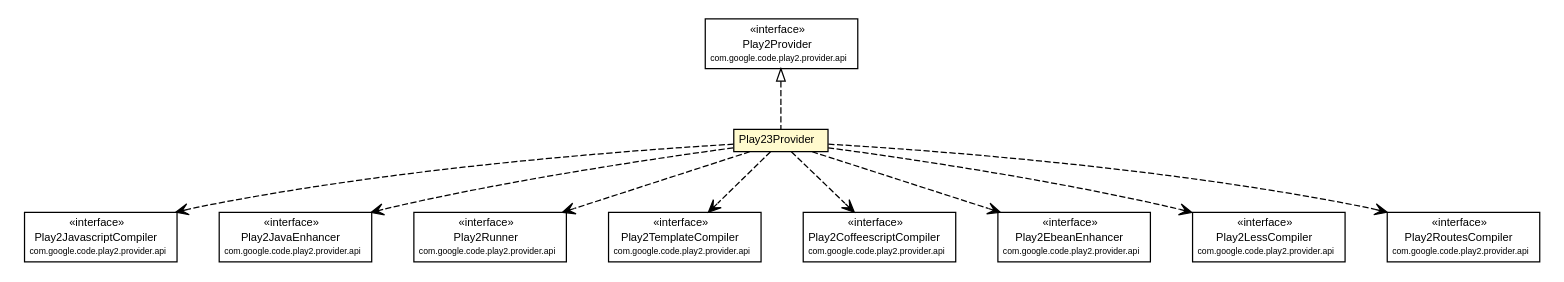
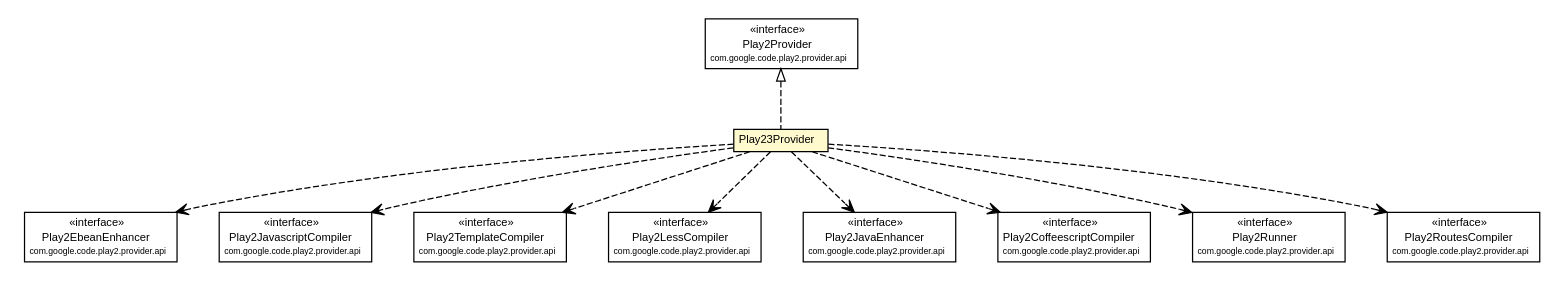
The diagram in play2-maven-plugin/1.0.0-beta6-SNAPSHOT/play2-providers/play2-provider-play23/apidocs/com/google/code/play2/provider/play23/Play23Provider.dot (play2-maven-plugin/play2-maven-plugin.github.io), drawn with Graphviz before and after one commit. The commit also changed 339 other files, not shown here.

```diff
--- a/play2-maven-plugin/1.0.0-beta6-SNAPSHOT/play2-providers/play2-provider-play23/apidocs/com/google/code/play2/provider/play23/Play23Provider.dot
+++ b/play2-maven-plugin/1.0.0-beta6-SNAPSHOT/play2-providers/play2-provider-play23/apidocs/com/google/code/play2/provider/play23/Play23Provider.dot
@@ -1,108 +1,108 @@
 #!/usr/local/bin/dot
 #
 # Class diagram 
 # Generated by UMLGraph version R5_6-24-gf6e263 (http://www.umlgraph.org/)
 #
 
 digraph G {
 	edge [fontname="arial",fontsize=10,labelfontname="arial",labelfontsize=10];
 	node [fontname="arial",fontsize=10,shape=plaintext];
 	nodesep=0.25;
 	ranksep=0.5;
 	// com.google.code.play2.provider.play23.Play23Provider
 	c189 [label=<<table title="com.google.code.play2.provider.play23.Play23Provider" border="0" cellborder="1" cellspacing="0" cellpadding="2" port="p" bgcolor="lemonChiffon" href="./Play23Provider.html">
 		<tr><td><table border="0" cellspacing="0" cellpadding="1">
 <tr><td align="center" balign="center"> Play23Provider </td></tr>
 		</table></td></tr>
 		</table>>, URL="./Play23Provider.html", fontname="arial", fontcolor="black", fontsize=9.0];
 	//com.google.code.play2.provider.play23.Play23Provider implements com.google.code.play2.provider.api.Play2Provider
 	c198:p -> c189:p [dir=back,arrowtail=empty,style=dashed];
+	// com.google.code.play2.provider.play23.Play23Provider DEPEND com.google.code.play2.provider.api.Play2EbeanEnhancer
+	c189:p -> c199:p [taillabel="", label="", headlabel="", fontname="arial", fontcolor="black", fontsize=10.0, color="black", arrowhead=open, style=dashed];
 	// com.google.code.play2.provider.play23.Play23Provider DEPEND com.google.code.play2.provider.api.Play2JavascriptCompiler
-	c189:p -> c199:p [taillabel="", label="", headlabel="", fontname="arial", fontcolor="black", fontsize=10.0, color="black", arrowhead=open, style=dashed];
+	c189:p -> c200:p [taillabel="", label="", headlabel="", fontname="arial", fontcolor="black", fontsize=10.0, color="black", arrowhead=open, style=dashed];
+	// com.google.code.play2.provider.play23.Play23Provider DEPEND com.google.code.play2.provider.api.Play2TemplateCompiler
+	c189:p -> c201:p [taillabel="", label="", headlabel="", fontname="arial", fontcolor="black", fontsize=10.0, color="black", arrowhead=open, style=dashed];
+	// com.google.code.play2.provider.play23.Play23Provider DEPEND com.google.code.play2.provider.api.Play2LessCompiler
+	c189:p -> c202:p [taillabel="", label="", headlabel="", fontname="arial", fontcolor="black", fontsize=10.0, color="black", arrowhead=open, style=dashed];
 	// com.google.code.play2.provider.play23.Play23Provider DEPEND com.google.code.play2.provider.api.Play2JavaEnhancer
-	c189:p -> c200:p [taillabel="", label="", headlabel="", fontname="arial", fontcolor="black", fontsize=10.0, color="black", arrowhead=open, style=dashed];
+	c189:p -> c203:p [taillabel="", label="", headlabel="", fontname="arial", fontcolor="black", fontsize=10.0, color="black", arrowhead=open, style=dashed];
+	// com.google.code.play2.provider.play23.Play23Provider DEPEND com.google.code.play2.provider.api.Play2CoffeescriptCompiler
+	c189:p -> c204:p [taillabel="", label="", headlabel="", fontname="arial", fontcolor="black", fontsize=10.0, color="black", arrowhead=open, style=dashed];
 	// com.google.code.play2.provider.play23.Play23Provider DEPEND com.google.code.play2.provider.api.Play2Runner
-	c189:p -> c201:p [taillabel="", label="", headlabel="", fontname="arial", fontcolor="black", fontsize=10.0, color="black", arrowhead=open, style=dashed];
-	// com.google.code.play2.provider.play23.Play23Provider DEPEND com.google.code.play2.provider.api.Play2TemplateCompiler
-	c189:p -> c202:p [taillabel="", label="", headlabel="", fontname="arial", fontcolor="black", fontsize=10.0, color="black", arrowhead=open, style=dashed];
-	// com.google.code.play2.provider.play23.Play23Provider DEPEND com.google.code.play2.provider.api.Play2CoffeescriptCompiler
-	c189:p -> c203:p [taillabel="", label="", headlabel="", fontname="arial", fontcolor="black", fontsize=10.0, color="black", arrowhead=open, style=dashed];
-	// com.google.code.play2.provider.play23.Play23Provider DEPEND com.google.code.play2.provider.api.Play2EbeanEnhancer
-	c189:p -> c204:p [taillabel="", label="", headlabel="", fontname="arial", fontcolor="black", fontsize=10.0, color="black", arrowhead=open, style=dashed];
-	// com.google.code.play2.provider.play23.Play23Provider DEPEND com.google.code.play2.provider.api.Play2LessCompiler
 	c189:p -> c205:p [taillabel="", label="", headlabel="", fontname="arial", fontcolor="black", fontsize=10.0, color="black", arrowhead=open, style=dashed];
 	// com.google.code.play2.provider.play23.Play23Provider DEPEND com.google.code.play2.provider.api.Play2RoutesCompiler
 	c189:p -> c206:p [taillabel="", label="", headlabel="", fontname="arial", fontcolor="black", fontsize=10.0, color="black", arrowhead=open, style=dashed];
 	// com.google.code.play2.provider.api.Play2Provider
 	c198 [label=<<table title="com.google.code.play2.provider.api.Play2Provider" border="0" cellborder="1" cellspacing="0" cellpadding="2" port="p">
 		<tr><td><table border="0" cellspacing="0" cellpadding="1">
 <tr><td align="center" balign="center"> &#171;interface&#187; </td></tr>
 <tr><td align="center" balign="center"> Play2Provider </td></tr>
 <tr><td align="center" balign="center"><font point-size="7.0"> com.google.code.play2.provider.api </font></td></tr>
 		</table></td></tr>
 		</table>>, URL="null", fontname="arial", fontcolor="black", fontsize=9.0];
 	// com.google.code.play2.provider.api.Play2RoutesCompiler
 	c206 [label=<<table title="com.google.code.play2.provider.api.Play2RoutesCompiler" border="0" cellborder="1" cellspacing="0" cellpadding="2" port="p">
 		<tr><td><table border="0" cellspacing="0" cellpadding="1">
 <tr><td align="center" balign="center"> &#171;interface&#187; </td></tr>
 <tr><td align="center" balign="center"> Play2RoutesCompiler </td></tr>
 <tr><td align="center" balign="center"><font point-size="7.0"> com.google.code.play2.provider.api </font></td></tr>
 		</table></td></tr>
 		</table>>, URL="null", fontname="arial", fontcolor="black", fontsize=9.0];
 	// com.google.code.play2.provider.api.Play2LessCompiler
-	c205 [label=<<table title="com.google.code.play2.provider.api.Play2LessCompiler" border="0" cellborder="1" cellspacing="0" cellpadding="2" port="p">
+	c202 [label=<<table title="com.google.code.play2.provider.api.Play2LessCompiler" border="0" cellborder="1" cellspacing="0" cellpadding="2" port="p">
 		<tr><td><table border="0" cellspacing="0" cellpadding="1">
 <tr><td align="center" balign="center"> &#171;interface&#187; </td></tr>
 <tr><td align="center" balign="center"> Play2LessCompiler </td></tr>
 <tr><td align="center" balign="center"><font point-size="7.0"> com.google.code.play2.provider.api </font></td></tr>
 		</table></td></tr>
 		</table>>, URL="null", fontname="arial", fontcolor="black", fontsize=9.0];
 	// com.google.code.play2.provider.api.Play2TemplateCompiler
-	c202 [label=<<table title="com.google.code.play2.provider.api.Play2TemplateCompiler" border="0" cellborder="1" cellspacing="0" cellpadding="2" port="p">
+	c201 [label=<<table title="com.google.code.play2.provider.api.Play2TemplateCompiler" border="0" cellborder="1" cellspacing="0" cellpadding="2" port="p">
 		<tr><td><table border="0" cellspacing="0" cellpadding="1">
 <tr><td align="center" balign="center"> &#171;interface&#187; </td></tr>
 <tr><td align="center" balign="center"> Play2TemplateCompiler </td></tr>
 <tr><td align="center" balign="center"><font point-size="7.0"> com.google.code.play2.provider.api </font></td></tr>
 		</table></td></tr>
 		</table>>, URL="null", fontname="arial", fontcolor="black", fontsize=9.0];
 	// com.google.code.play2.provider.api.Play2CoffeescriptCompiler
-	c203 [label=<<table title="com.google.code.play2.provider.api.Play2CoffeescriptCompiler" border="0" cellborder="1" cellspacing="0" cellpadding="2" port="p">
+	c204 [label=<<table title="com.google.code.play2.provider.api.Play2CoffeescriptCompiler" border="0" cellborder="1" cellspacing="0" cellpadding="2" port="p">
 		<tr><td><table border="0" cellspacing="0" cellpadding="1">
 <tr><td align="center" balign="center"> &#171;interface&#187; </td></tr>
 <tr><td align="center" balign="center"> Play2CoffeescriptCompiler </td></tr>
 <tr><td align="center" balign="center"><font point-size="7.0"> com.google.code.play2.provider.api </font></td></tr>
 		</table></td></tr>
 		</table>>, URL="null", fontname="arial", fontcolor="black", fontsize=9.0];
 	// com.google.code.play2.provider.api.Play2EbeanEnhancer
-	c204 [label=<<table title="com.google.code.play2.provider.api.Play2EbeanEnhancer" border="0" cellborder="1" cellspacing="0" cellpadding="2" port="p">
+	c199 [label=<<table title="com.google.code.play2.provider.api.Play2EbeanEnhancer" border="0" cellborder="1" cellspacing="0" cellpadding="2" port="p">
 		<tr><td><table border="0" cellspacing="0" cellpadding="1">
 <tr><td align="center" balign="center"> &#171;interface&#187; </td></tr>
 <tr><td align="center" balign="center"> Play2EbeanEnhancer </td></tr>
 <tr><td align="center" balign="center"><font point-size="7.0"> com.google.code.play2.provider.api </font></td></tr>
 		</table></td></tr>
 		</table>>, URL="null", fontname="arial", fontcolor="black", fontsize=9.0];
 	// com.google.code.play2.provider.api.Play2JavascriptCompiler
-	c199 [label=<<table title="com.google.code.play2.provider.api.Play2JavascriptCompiler" border="0" cellborder="1" cellspacing="0" cellpadding="2" port="p">
+	c200 [label=<<table title="com.google.code.play2.provider.api.Play2JavascriptCompiler" border="0" cellborder="1" cellspacing="0" cellpadding="2" port="p">
 		<tr><td><table border="0" cellspacing="0" cellpadding="1">
 <tr><td align="center" balign="center"> &#171;interface&#187; </td></tr>
 <tr><td align="center" balign="center"> Play2JavascriptCompiler </td></tr>
 <tr><td align="center" balign="center"><font point-size="7.0"> com.google.code.play2.provider.api </font></td></tr>
 		</table></td></tr>
 		</table>>, URL="null", fontname="arial", fontcolor="black", fontsize=9.0];
 	// com.google.code.play2.provider.api.Play2JavaEnhancer
-	c200 [label=<<table title="com.google.code.play2.provider.api.Play2JavaEnhancer" border="0" cellborder="1" cellspacing="0" cellpadding="2" port="p">
+	c203 [label=<<table title="com.google.code.play2.provider.api.Play2JavaEnhancer" border="0" cellborder="1" cellspacing="0" cellpadding="2" port="p">
 		<tr><td><table border="0" cellspacing="0" cellpadding="1">
 <tr><td align="center" balign="center"> &#171;interface&#187; </td></tr>
 <tr><td align="center" balign="center"> Play2JavaEnhancer </td></tr>
 <tr><td align="center" balign="center"><font point-size="7.0"> com.google.code.play2.provider.api </font></td></tr>
 		</table></td></tr>
 		</table>>, URL="null", fontname="arial", fontcolor="black", fontsize=9.0];
 	// com.google.code.play2.provider.api.Play2Runner
-	c201 [label=<<table title="com.google.code.play2.provider.api.Play2Runner" border="0" cellborder="1" cellspacing="0" cellpadding="2" port="p">
+	c205 [label=<<table title="com.google.code.play2.provider.api.Play2Runner" border="0" cellborder="1" cellspacing="0" cellpadding="2" port="p">
 		<tr><td><table border="0" cellspacing="0" cellpadding="1">
 <tr><td align="center" balign="center"> &#171;interface&#187; </td></tr>
 <tr><td align="center" balign="center"> Play2Runner </td></tr>
 <tr><td align="center" balign="center"><font point-size="7.0"> com.google.code.play2.provider.api </font></td></tr>
 		</table></td></tr>
 		</table>>, URL="null", fontname="arial", fontcolor="black", fontsize=9.0];
 }
```
